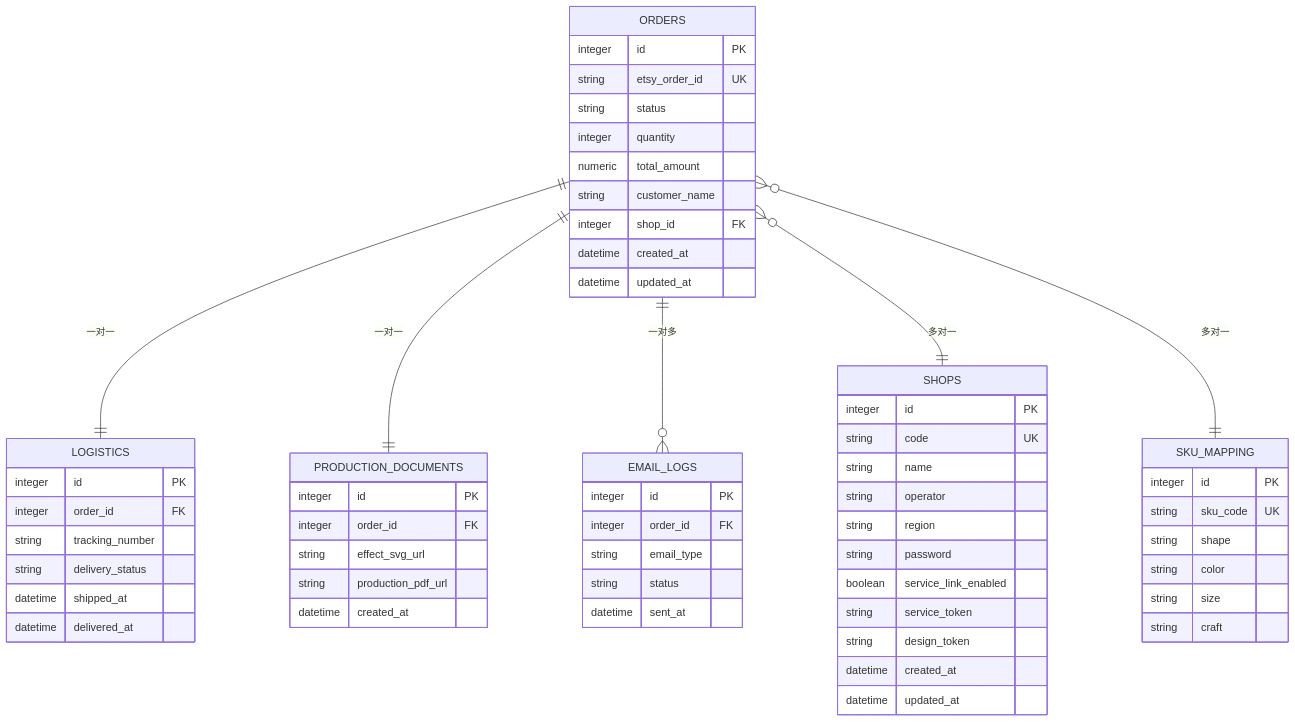
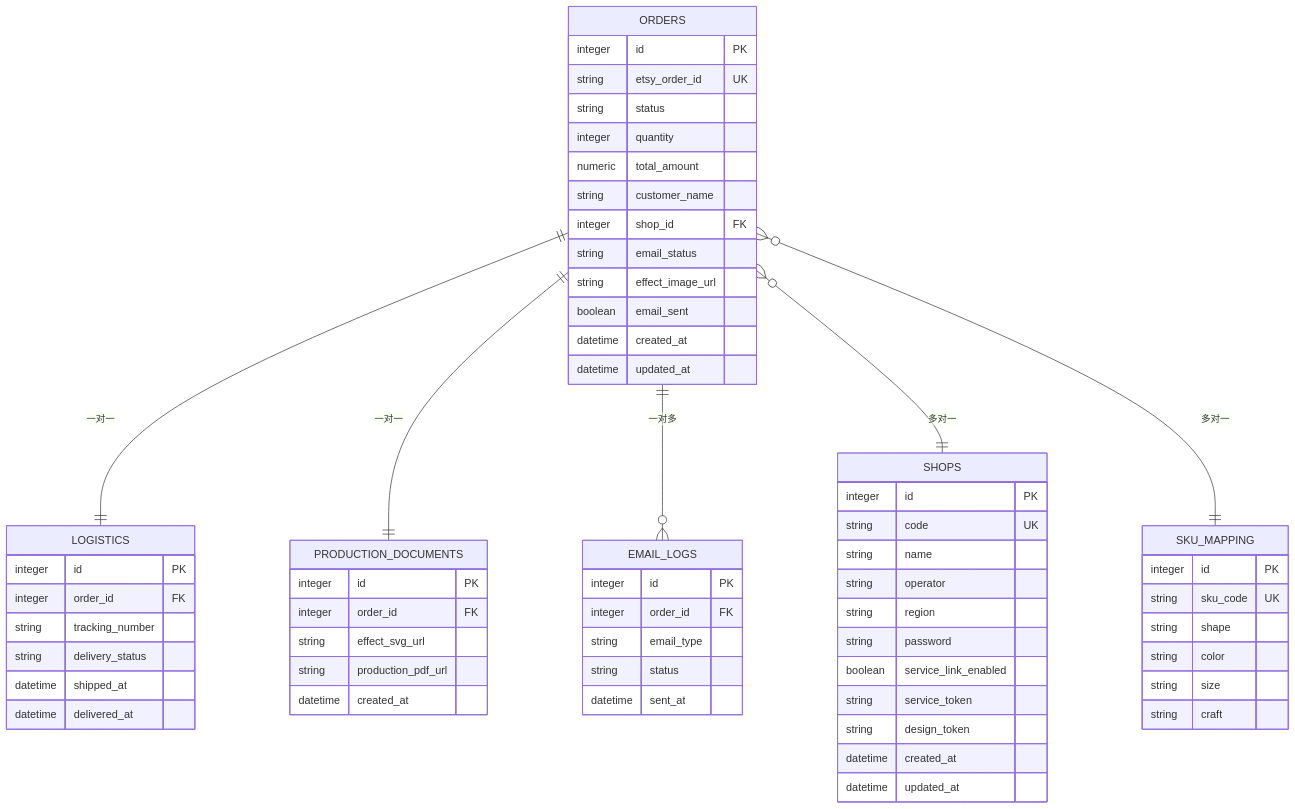
Before and after one commit to SY6621/POD-Order-Management: the sixth of 13 diagrams in .qoder/repowiki/zh/content/开发指南/订单处理工作流增强.md, drawn with Mermaid. The commit also changed other lines of this file and 18 other files, not shown here.

````diff
--- a/.qoder/repowiki/zh/content/开发指南/订单处理工作流增强.md
+++ b/.qoder/repowiki/zh/content/开发指南/订单处理工作流增强.md
@@ -325,62 +342,65 @@
 ```mermaid
 erDiagram
 ORDERS {
 integer id PK
 string etsy_order_id UK
 string status
 integer quantity
 numeric total_amount
 string customer_name
 integer shop_id FK
+string email_status
+string effect_image_url
+boolean email_sent
 datetime created_at
 datetime updated_at
 }
 SHOPS {
 integer id PK
 string code UK
 string name
 string operator
 string region
 string password
 boolean service_link_enabled
 string service_token
 string design_token
 datetime created_at
 datetime updated_at
 }
 LOGISTICS {
 integer id PK
 integer order_id FK
 string tracking_number
 string delivery_status
 datetime shipped_at
 datetime delivered_at
 }
 PRODUCTION_DOCUMENTS {
 integer id PK
 integer order_id FK
 string effect_svg_url
 string production_pdf_url
 datetime created_at
 }
 EMAIL_LOGS {
 integer id PK
 integer order_id FK
 string email_type
 string status
 datetime sent_at
 }
 SKU_MAPPING {
 integer id PK
 string sku_code UK
 string shape
 string color
 string size
 string craft
 }
 ORDERS ||--|| LOGISTICS : "一对一"
 ORDERS ||--|| PRODUCTION_DOCUMENTS : "一对一"
 ORDERS ||--o{ EMAIL_LOGS : "一对多"
 ORDERS }o--|| SHOPS : "多对一"
 ORDERS }o--|| SKU_MAPPING : "多对一"
 ```
````
